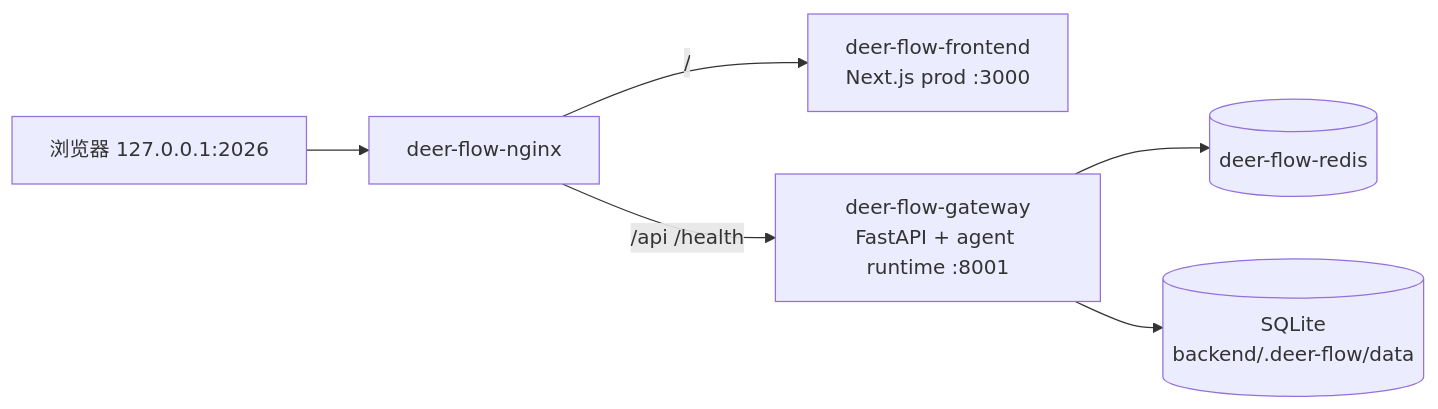
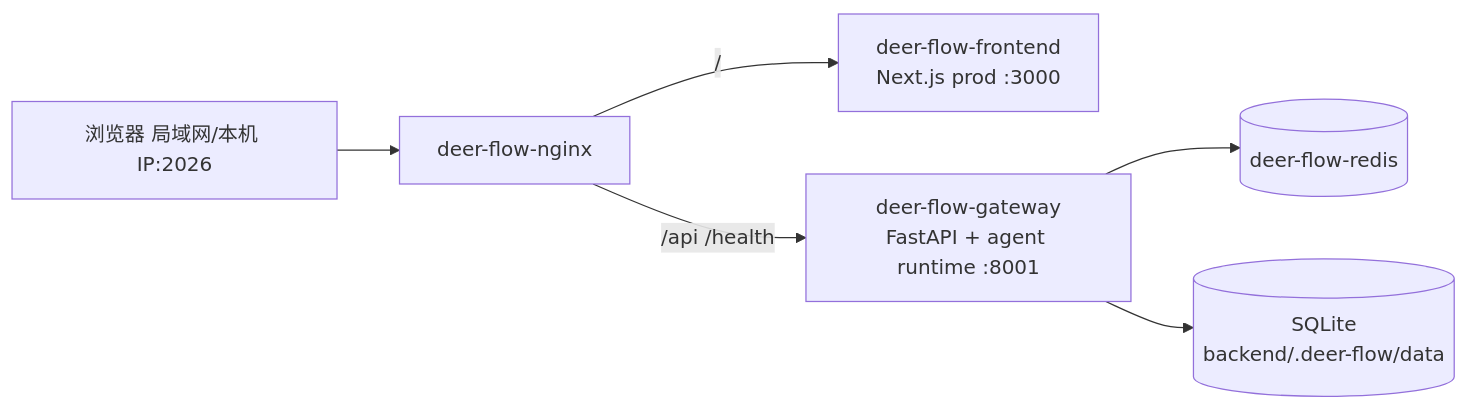
Before and after one commit to cfgxy/deer-flow: the diagram in docs/local-deploy-handoff.md, drawn with Mermaid. The commit also changed other lines of this file and 6 other files, not shown here.

````diff
--- a/docs/local-deploy-handoff.md
+++ b/docs/local-deploy-handoff.md
@@ -20,8 +20,8 @@
 ```mermaid
 flowchart LR
-  U[浏览器 127.0.0.1:2026] --> N[deer-flow-nginx]
+  U[浏览器 局域网/本机 IP:2026] --> N[deer-flow-nginx]
   N -->|/| F[deer-flow-frontend<br/>Next.js prod :3000]
   N -->|/api /health| G[deer-flow-gateway<br/>FastAPI + agent runtime :8001]
   G --> R[(deer-flow-redis)]
   G --> S[(SQLite<br/>backend/.deer-flow/data)]
 ```
````
